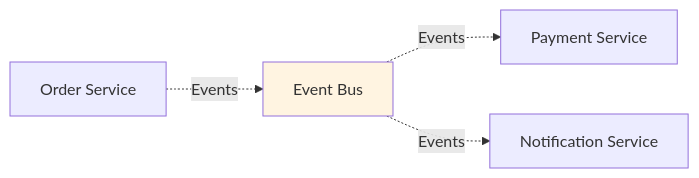
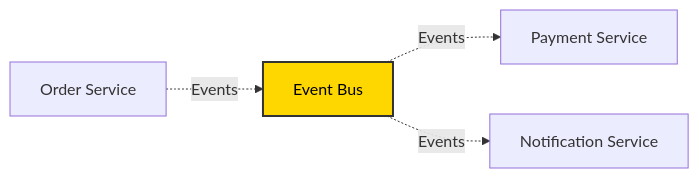
One commit to elewashy/Tanta-University changed the eighth of 17 diagrams in Level_3/Semester_1/Distributed_Systems/Project/System_Architecture_in_Distributed_Systems/docs/ARCHITECTURE.md. Above: the diagram before and after it, drawn with Mermaid. The commit also changed other lines of this file and 4 other files, not shown here.

````diff
--- a/Level_3/Semester_1/Distributed_Systems/Project/System_Architecture_in_Distributed_Systems/docs/ARCHITECTURE.md
+++ b/Level_3/Semester_1/Distributed_Systems/Project/System_Architecture_in_Distributed_Systems/docs/ARCHITECTURE.md
@@ -344,8 +344,8 @@
 ```mermaid
 graph LR
     A[Order Service] -.->|Events| B[Event Bus]
     B -.->|Events| C[Payment Service]
     B -.->|Events| D[Notification Service]
     
-    style B fill:#fff4e1
+    style B fill:#ffd700,stroke:#333,stroke-width:2px,color:#000
 ```
````
